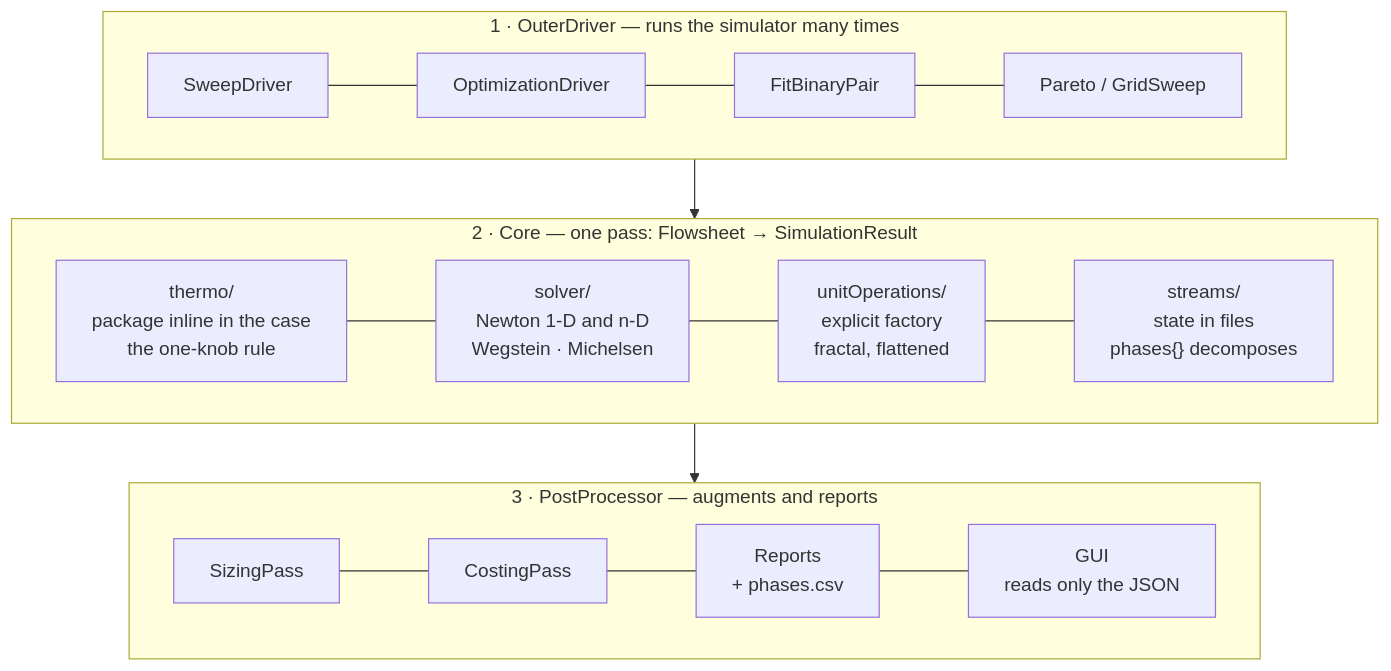
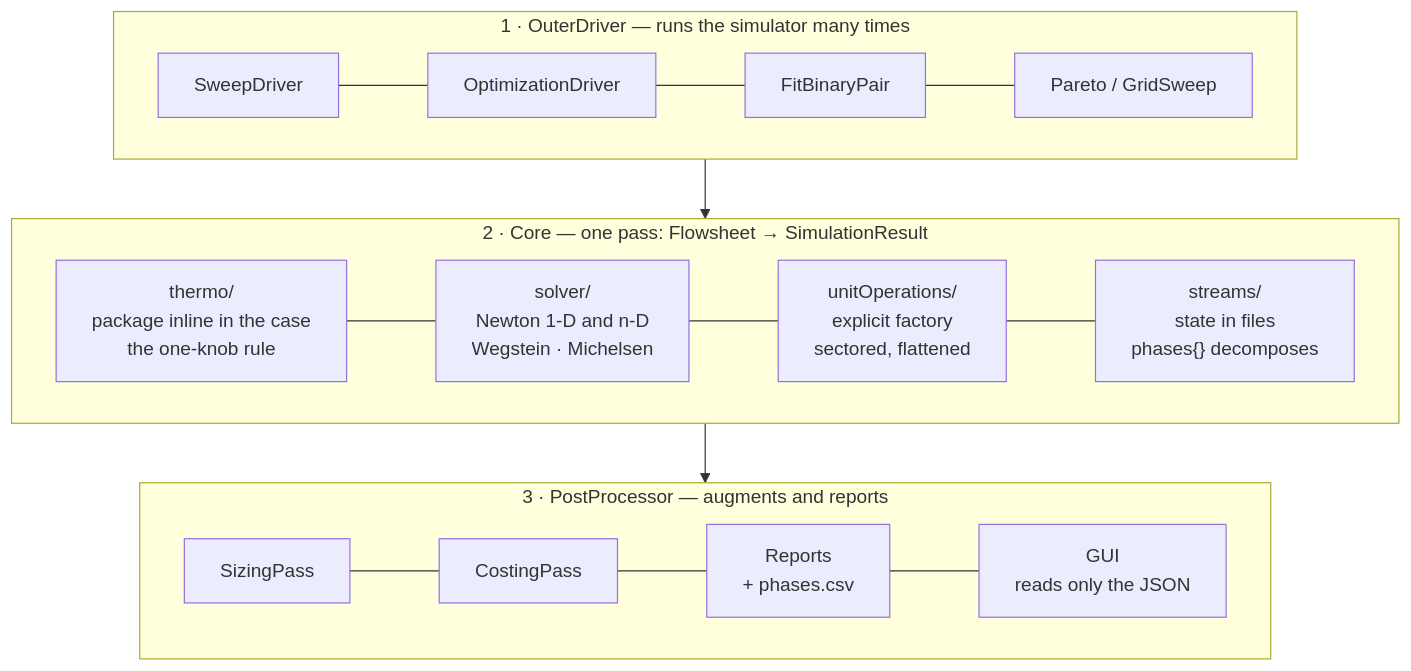
The diagram in docs/architecture/consolidation-map.md (choupo-admin/choupo), drawn with Mermaid before and after one commit. The commit also changed 100 other files, not shown here.

````diff
--- a/docs/architecture/consolidation-map.md
+++ b/docs/architecture/consolidation-map.md
@@ -23,23 +23,23 @@
 ```mermaid
 flowchart TB
     subgraph OD["1 · OuterDriver — runs the simulator many times"]
         direction LR
         SW[SweepDriver] --- OP[OptimizationDriver] --- FB[FitBinaryPair] --- PA[Pareto / GridSweep]
     end
 
     subgraph CORE["2 · Core — one pass: Flowsheet → SimulationResult"]
         direction LR
         TH["thermo/<br/>package inline in the case<br/>the one-knob rule"]
         SO["solver/<br/>Newton 1-D and n-D<br/>Wegstein · Michelsen"]
-        UO["unitOperations/<br/>explicit factory<br/>fractal, flattened"]
+        UO["unitOperations/<br/>explicit factory<br/>sectored, flattened"]
         ST["streams/<br/>state in files<br/>phases{} decomposes"]
         TH --- SO --- UO --- ST
     end
 
     subgraph PP["3 · PostProcessor — augments and reports"]
         direction LR
         SZ[SizingPass] --- CO[CostingPass] --- RP["Reports<br/>+ phases.csv"] --- GU["GUI<br/>reads only the JSON"]
     end
 
     OD --> CORE --> PP
 ```
````
